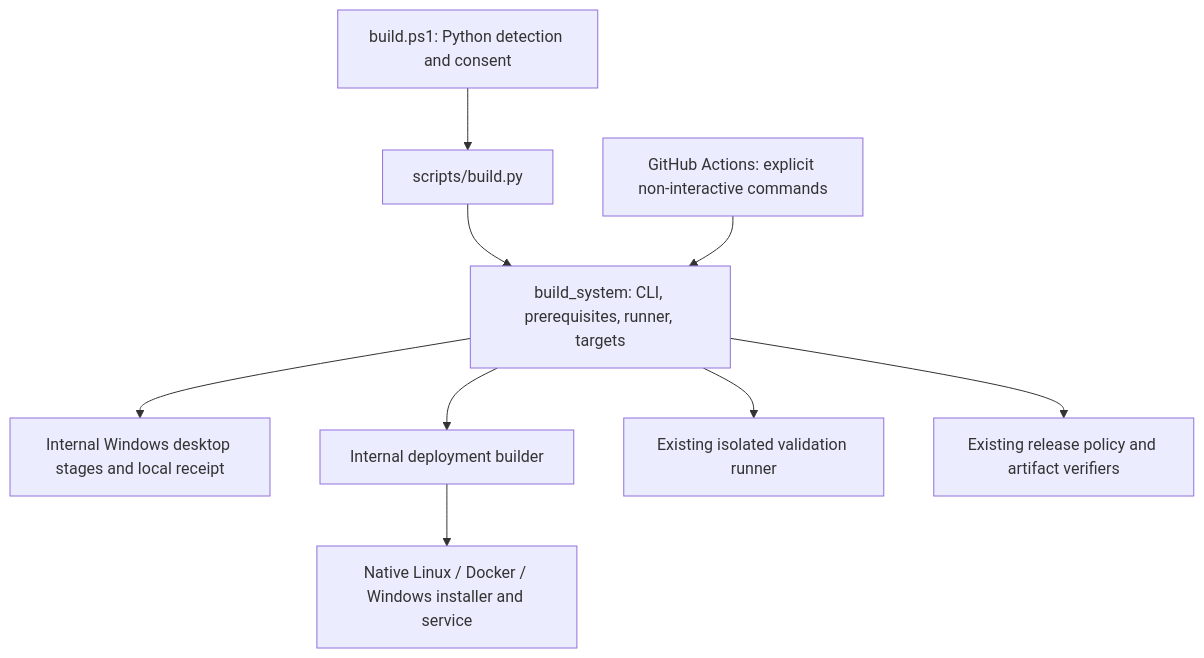
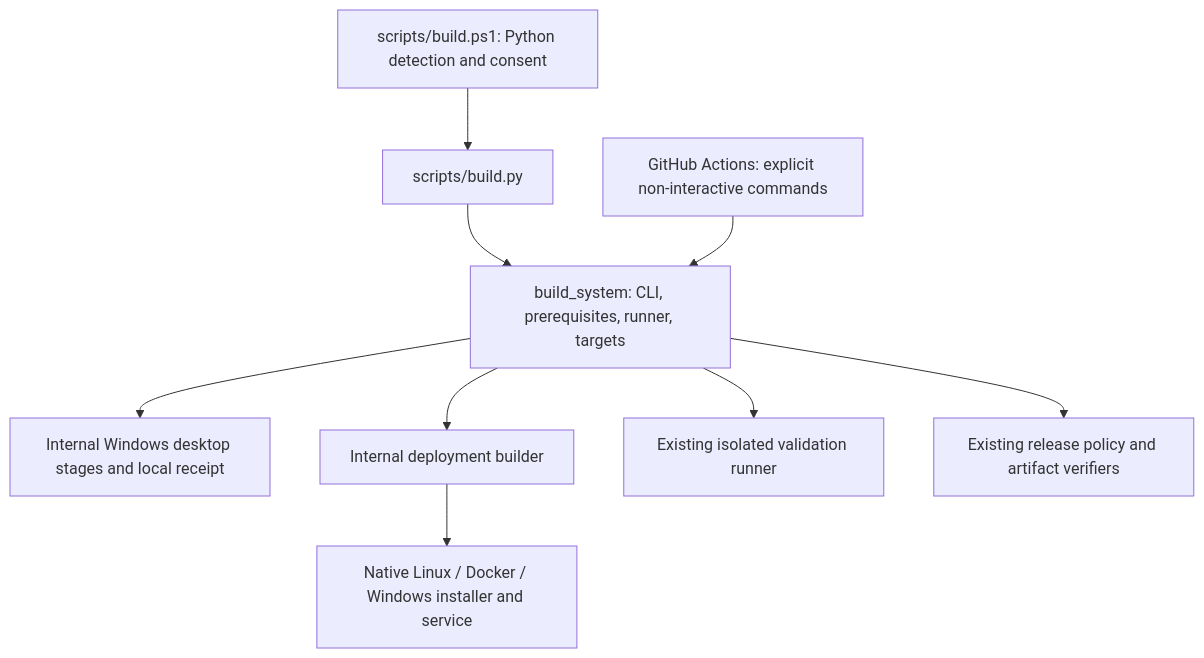
The diagram in docs/BUILD.md (OnlyDrey/sap-lens), drawn with Mermaid before and after one commit. The commit also changed other lines of this file and 27 other files, not shown here.

First line of the commit message:
chore(scripts): move build.ps1 to scripts/, organize maintenance and benchmark tools, add scripts/README.md [skip ci]

````diff
--- a/docs/BUILD.md
+++ b/docs/BUILD.md
@@ -11,11 +11,11 @@
 ```mermaid
 flowchart TD
-  PS[build.ps1: Python detection and consent] --> CLI[scripts/build.py]
+  PS[scripts/build.ps1: Python detection and consent] --> CLI[scripts/build.py]
   CLI --> Engine[build_system: CLI, prerequisites, runner, targets]
   CI[GitHub Actions: explicit non-interactive commands] --> Engine
   Engine --> Win[Internal Windows desktop stages and local receipt]
   Engine --> Deploy[Internal deployment builder]
   Deploy --> Native[Native Linux / Docker / Windows installer and service]
   Engine --> Tests[Existing isolated validation runner]
   Engine --> Release[Existing release policy and artifact verifiers]
 ```
````
